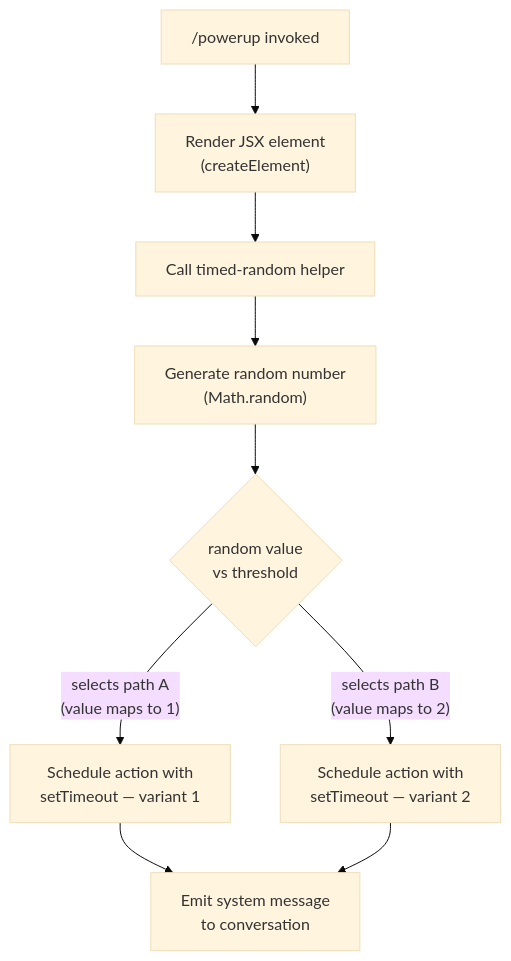
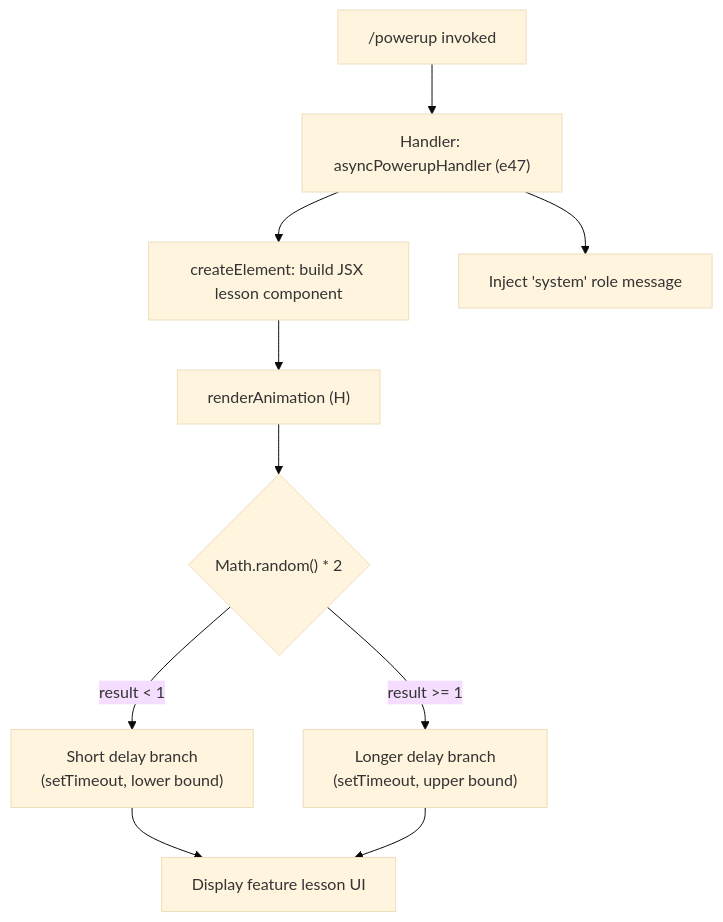
The diagram in versions/v2.1.143/powerup.md (MyLittleLuckyDog/cc-gnothi), drawn with Mermaid (base theme) before and after one commit. The commit also changed other lines of this file and 483 other files, not shown here.

````diff
--- a/versions/v2.1.143/powerup.md
+++ b/versions/v2.1.143/powerup.md
@@ -41,11 +55,12 @@
 ```mermaid
 flowchart TD
-    A["/powerup invoked"] --> B["Render JSX element\n(createElement)"]
-    B --> C["Call timed-random helper"]
-    C --> D["Generate random number\n(Math.random)"]
-    D --> E{"random value\nvs threshold"}
-    E -->|"selects path A\n(value maps to 1)"| F["Schedule action with\nsetTimeout — variant 1"]
-    E -->|"selects path B\n(value maps to 2)"| G["Schedule action with\nsetTimeout — variant 2"]
-    F --> H["Emit system message\nto conversation"]
-    G --> H
+    A["/powerup invoked"] --> B["Handler: asyncPowerupHandler (e47)"]
+    B --> C["createElement: build JSX lesson component"]
+    B --> D["Inject 'system' role message"]
+    C --> E["renderAnimation (H)"]
+    E --> F{"Math.random() * 2"}
+    F -->|"result < 1"| G["Short delay branch\n(setTimeout, lower bound)"]
+    F -->|"result >= 1"| H_node["Longer delay branch\n(setTimeout, upper bound)"]
+    G --> I["Display feature lesson UI"]
+    H_node --> I
 ```
````
